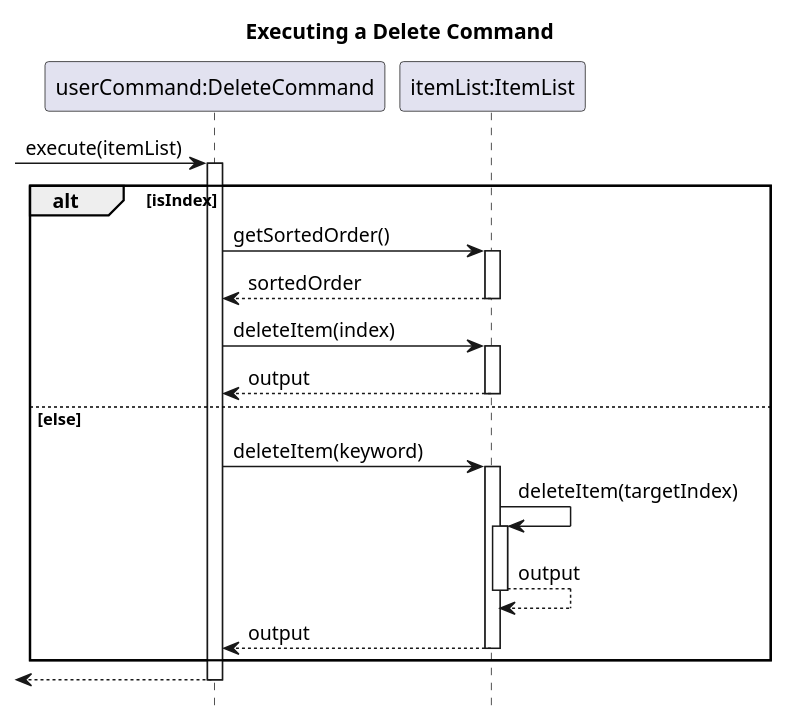
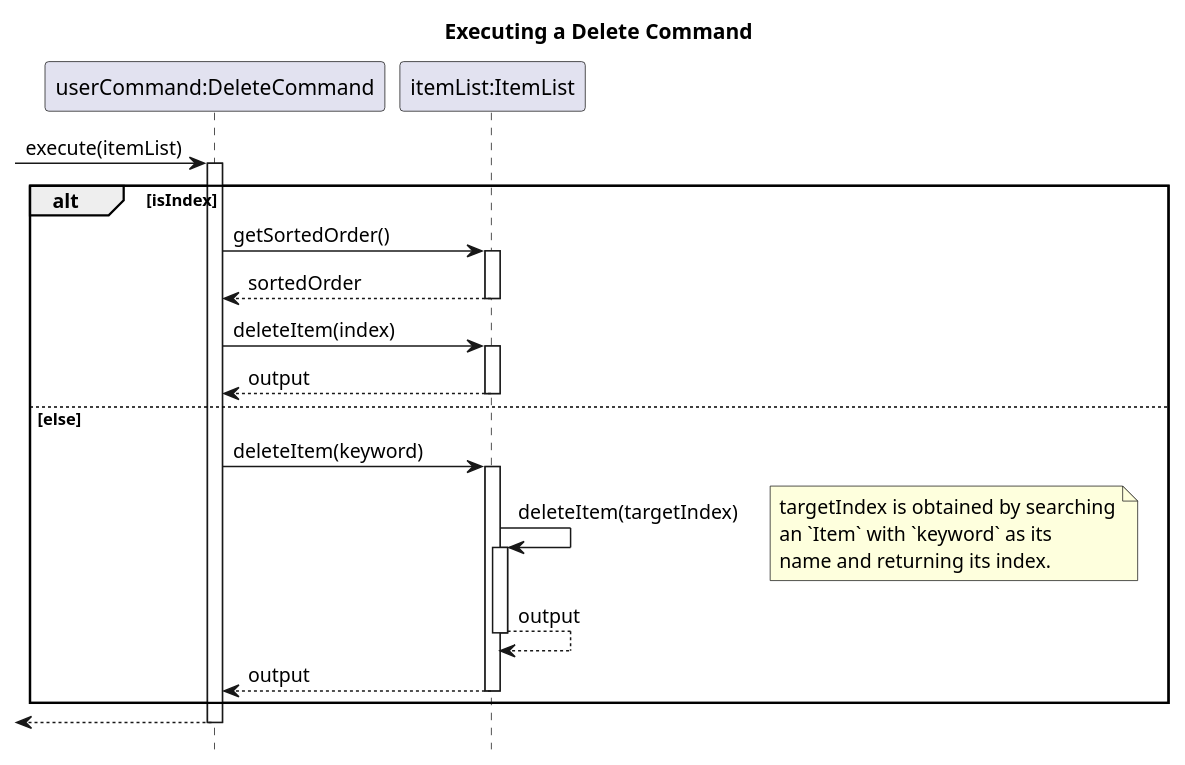
The diagram in docs/diagrams/DeleteSequenceDiagram.puml (AY2324S2-CS2113T-T09-2/tp), drawn with PlantUML before and after one commit. The commit also changed 1 other file, not shown here.

Commit message:
Update DeleteSequenceDiagram

```diff
--- a/docs/diagrams/DeleteSequenceDiagram.puml
+++ b/docs/diagrams/DeleteSequenceDiagram.puml
@@ -1,35 +1,41 @@
 @startuml
 hide footbox
 
 title Executing a Delete Command
 
 participant "userCommand:DeleteCommand" as Delete_Command
 participant "itemList:ItemList" as Item_List
 
 -> Delete_Command : execute(itemList)
 activate Delete_Command
 
 alt isIndex
 
 Delete_Command -> Item_List : getSortedOrder()
 activate Item_List
 return sortedOrder
 
 Delete_Command -> Item_List : deleteItem(index)
 activate Item_List
 return output
 
 else else
 
 Delete_Command -> Item_List : deleteItem(keyword)
 activate Item_List
 Item_List -> Item_List : deleteItem(targetIndex)
+
+note right
+targetIndex is obtained by searching
+an `Item` with `keyword` as its
+name and returning its index.
+end note
 activate Item_List
 return output
 return output
 
 end
 
 return
 
 @enduml
```
